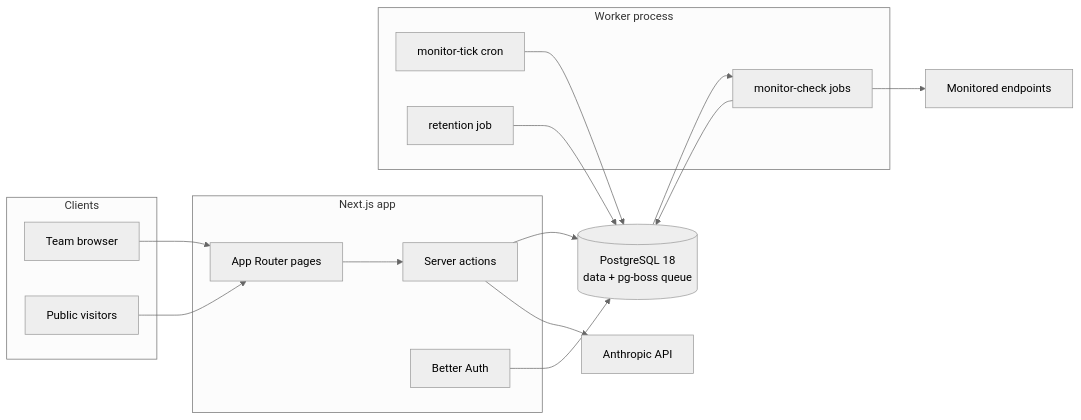
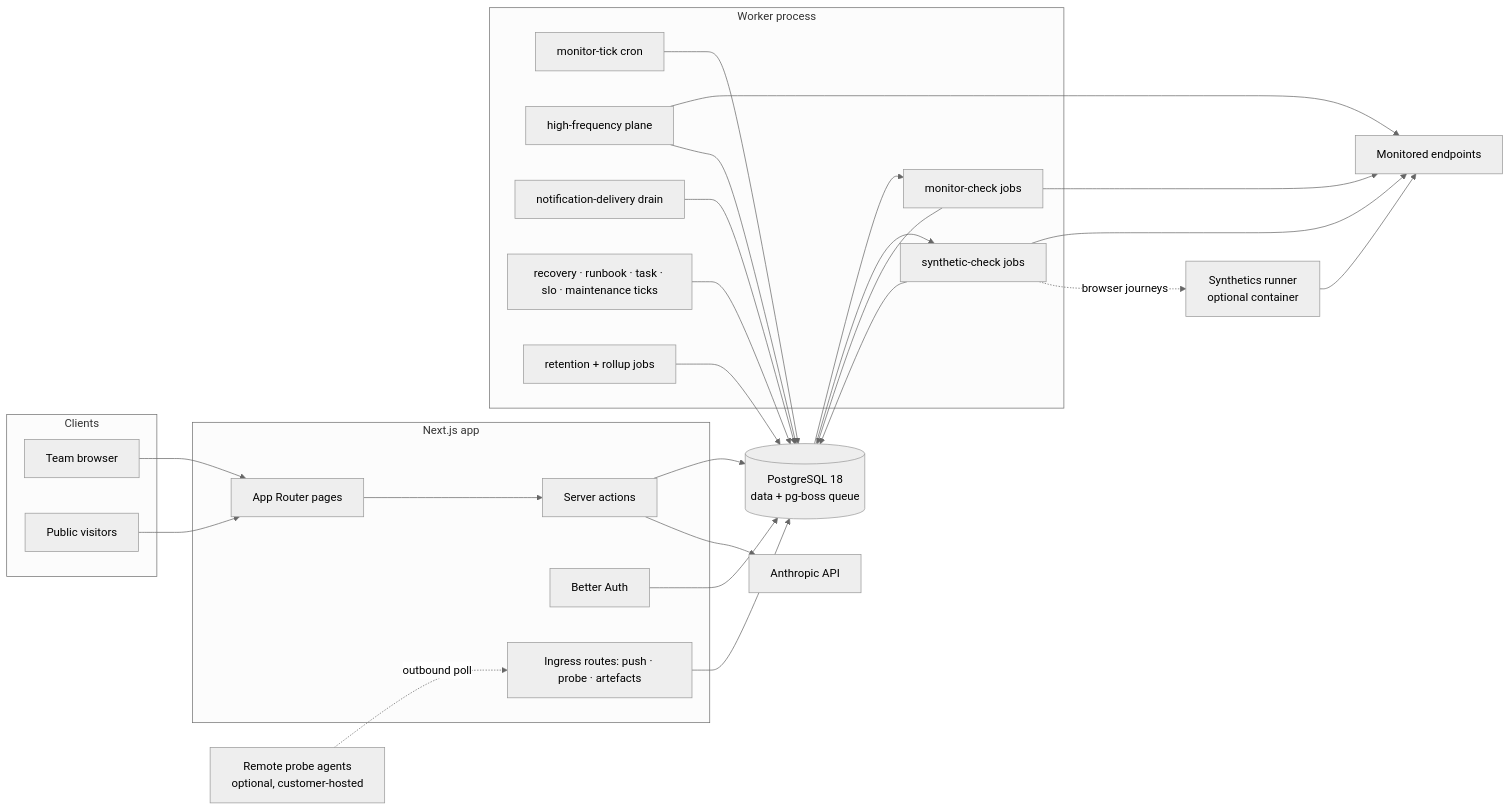
One commit to dev-matow/onuptime-docker changed the first of 4 diagrams in ARCHITECTURE.md. Above: the diagram before and after it, drawn with Mermaid (neutral theme). The commit also changed other lines of this file and 59 other files, not shown here.

````diff
--- a/ARCHITECTURE.md
+++ b/ARCHITECTURE.md
@@ -26,33 +35,49 @@
 ```mermaid
 flowchart LR
     subgraph clients [Clients]
         B[Team browser]
         P[Public visitors]
     end
 
     subgraph app [Next.js app]
         UI[App Router pages]
         SA[Server actions]
         AUTH[Better Auth]
+        API[Ingress routes: push · probe · artefacts]
     end
 
     subgraph worker [Worker process]
         TICK[monitor-tick cron]
         CHECK[monitor-check jobs]
-        RET[retention job]
+        SYNTH[synthetic-check jobs]
+        HF[high-frequency plane]
+        DRAIN[notification-delivery drain]
+        AUTO[recovery · runbook · task · slo · maintenance ticks]
+        RET[retention + rollup jobs]
     end
 
     PG[(PostgreSQL 18\ndata + pg-boss queue)]
     TARGETS[Monitored endpoints]
     ANTH[Anthropic API]
+    RUNNER[Synthetics runner\noptional container]
+    PROBES[Remote probe agents\noptional, customer-hosted]
 
     B --> UI --> SA --> PG
     SA --> ANTH
     P --> UI
     AUTH --> PG
     TICK --> PG
     PG --> CHECK
     CHECK --> TARGETS
     CHECK --> PG
+    HF --> TARGETS
+    HF --> PG
+    DRAIN --> PG
+    AUTO --> PG
     RET --> PG
+    PG --> SYNTH
+    SYNTH --> TARGETS
+    SYNTH -.browser journeys.-> RUNNER --> TARGETS
+    SYNTH --> PG
+    PROBES -.outbound poll.-> API --> PG
 ```
````
